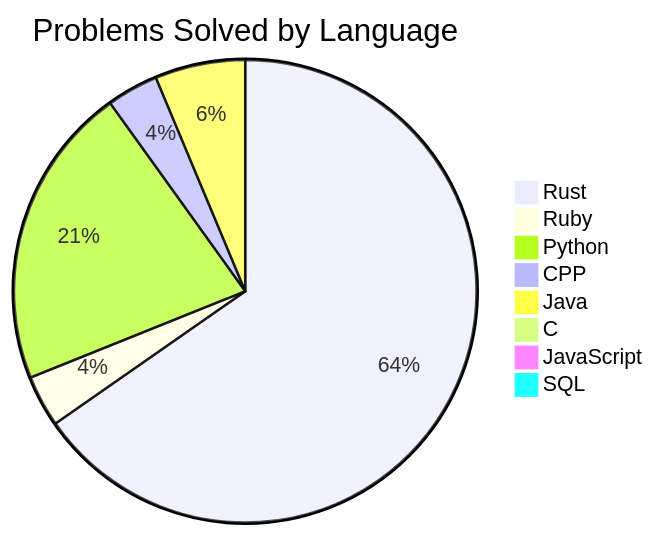
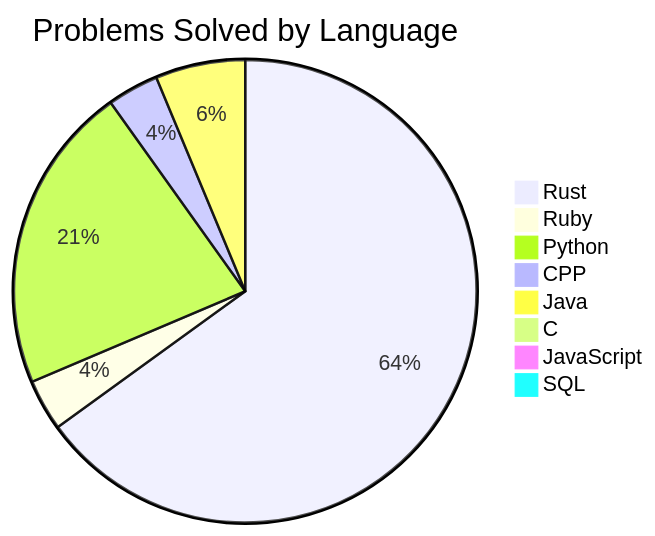
The second of 2 diagrams in README.md (Liam-Wirth/leetcode-solutions), drawn with Mermaid before and after one commit. The commit also changed other lines of this file and 6 other files, not shown here.

````diff
--- a/README.md
+++ b/README.md
@@ -46,11 +46,11 @@
 ```mermaid
 pie title Problems Solved by Language
     "Rust": 145
     "Ruby": 8
-    "Python": 47
+    "Python": 48
     "CPP": 8
     "Java": 14
     "C": 1
     "JavaScript": 2
     "SQL": 2
 ```
````
